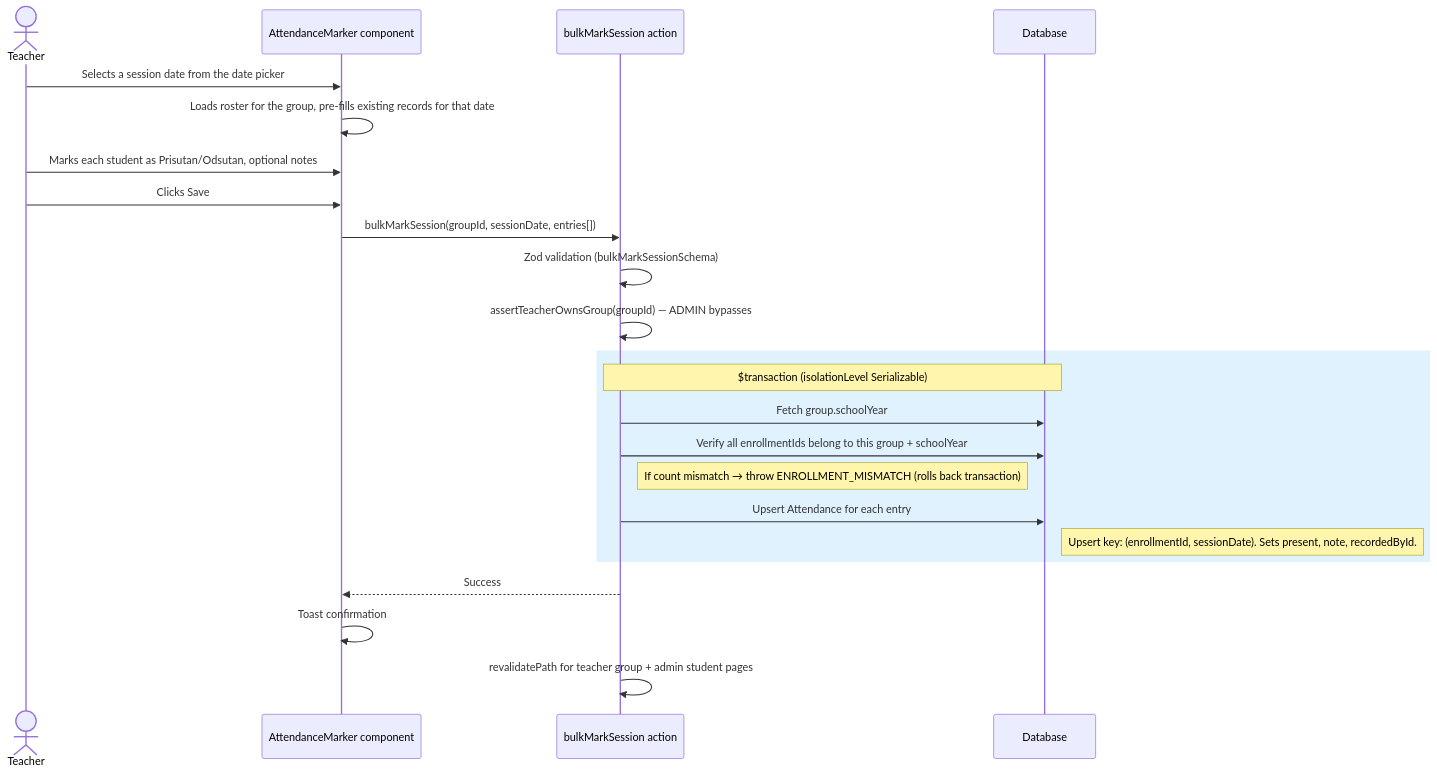
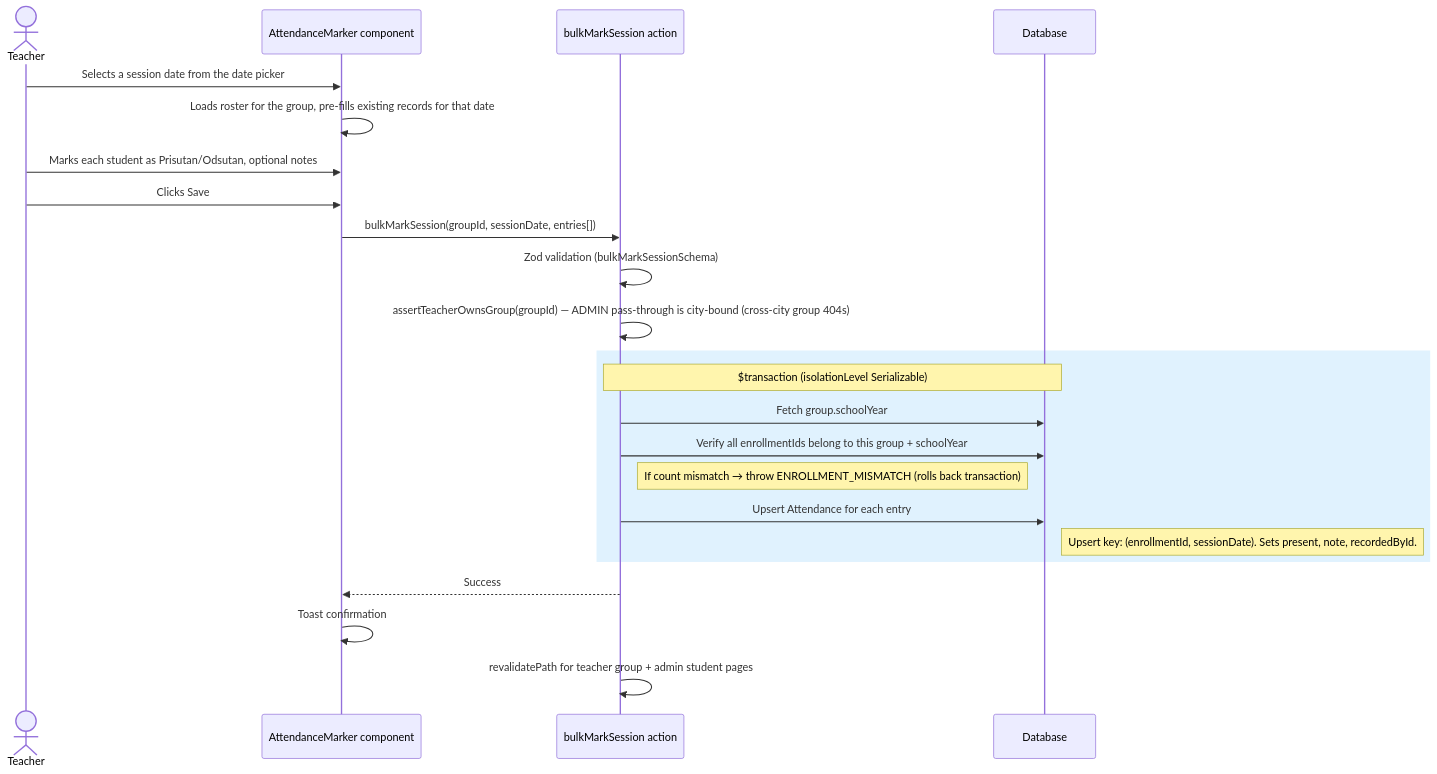
Before and after one commit to jpucic00/inovatic: the fifth of 6 diagrams in docs/diagrams/attendance-flow.md, drawn with Mermaid. The commit also changed other lines of this file and 18 other files, not shown here.

````diff
--- a/docs/diagrams/attendance-flow.md
+++ b/docs/diagrams/attendance-flow.md
@@ -100,31 +100,31 @@
 ```mermaid
 sequenceDiagram
     actor Teacher
     participant UI as AttendanceMarker component
     participant Server as bulkMarkSession action
     participant DB as Database
 
     Teacher->>UI: Selects a session date from the date picker
     UI->>UI: Loads roster for the group, pre-fills existing records for that date
 
     Teacher->>UI: Marks each student as Prisutan/Odsutan, optional notes
     Teacher->>UI: Clicks Save
 
     UI->>Server: bulkMarkSession(groupId, sessionDate, entries[])
 
     Server->>Server: Zod validation (bulkMarkSessionSchema)
-    Server->>Server: assertTeacherOwnsGroup(groupId) — ADMIN bypasses
+    Server->>Server: assertTeacherOwnsGroup(groupId) — ADMIN pass-through is city-bound (cross-city group 404s)
 
     rect rgb(224, 242, 254)
         Note over Server,DB: $transaction (isolationLevel Serializable)
         Server->>DB: Fetch group.schoolYear
         Server->>DB: Verify all enrollmentIds belong to this group + schoolYear
         Note right of Server: If count mismatch → throw ENROLLMENT_MISMATCH (rolls back transaction)
         Server->>DB: Upsert Attendance for each entry
         Note right of DB: Upsert key: (enrollmentId, sessionDate). Sets present, note, recordedById.
     end
 
     Server-->>UI: Success
     UI->>UI: Toast confirmation
     Server->>Server: revalidatePath for teacher group + admin student pages
 ```
````
